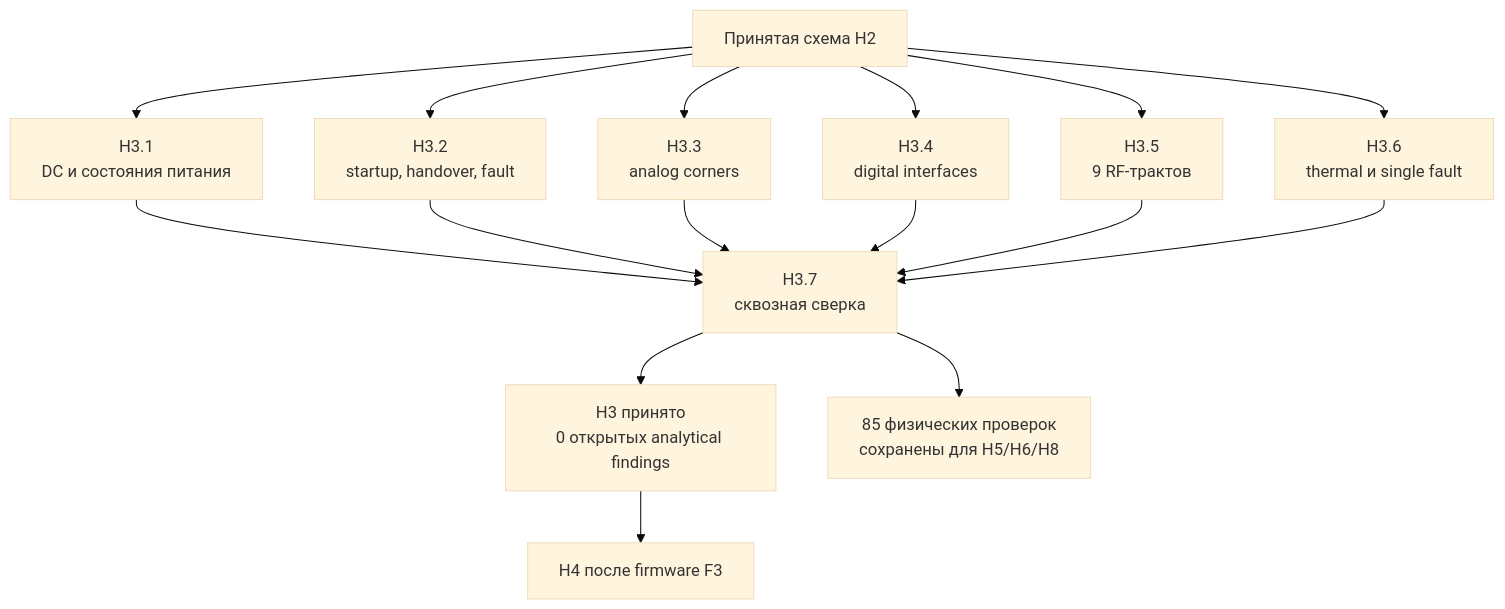
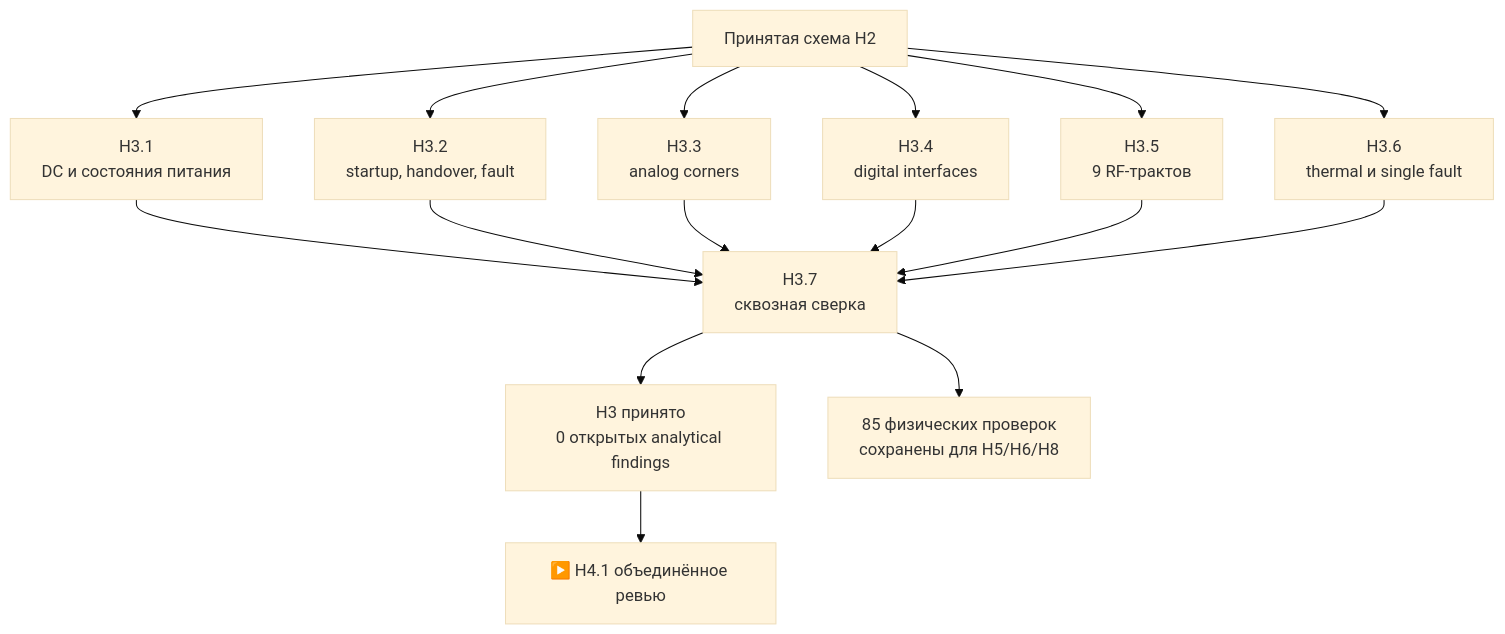
The diagram in docs/h3-acceptance.ru.md (anton-vinogradov/esp32-leshy2), drawn with Mermaid (base theme) before and after one commit. The commit also changed other lines of this file and 16 other files, not shown here.

````diff
--- a/docs/h3-acceptance.ru.md
+++ b/docs/h3-acceptance.ru.md
@@ -11,17 +11,17 @@
 ```mermaid
 flowchart TB
   H2["Принятая схема H2"]
   DC["H3.1<br/>DC и состояния питания"]
   TR["H3.2<br/>startup, handover, fault"]
   AN["H3.3<br/>analog corners"]
   DI["H3.4<br/>digital interfaces"]
   RF["H3.5<br/>9 RF-трактов"]
   SF["H3.6<br/>thermal и single fault"]
   X["H3.7<br/>сквозная сверка"]
   OK["H3 принято<br/>0 открытых analytical findings"]
   PH["85 физических проверок<br/>сохранены для H5/H6/H8"]
   H2 --> DC & TR & AN & DI & RF & SF
   DC & TR & AN & DI & RF & SF --> X --> OK
   X --> PH
-  OK --> H4["H4 после firmware F3"]
+  OK --> H4["▶️ H4.1 объединённое ревью"]
 ```
````
